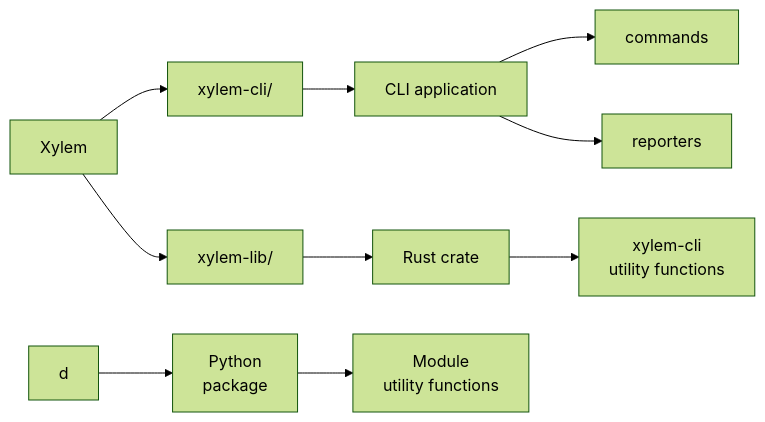
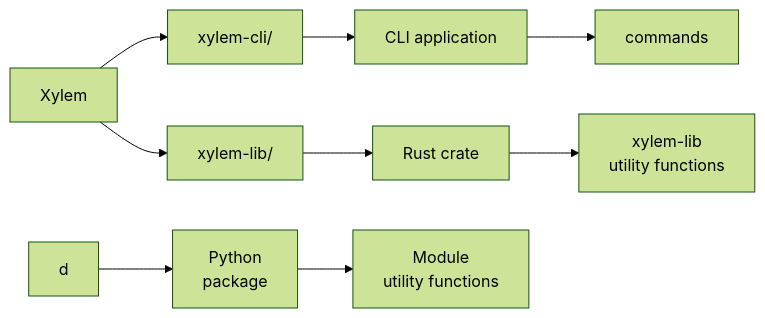
The diagram in ARCHITECTURE.md (jhwohlgemuth/xylem), drawn with Mermaid (forest theme) before and after one commit. The commit also changed other lines of this file and 25 other files, not shown here.

````diff
--- a/ARCHITECTURE.md
+++ b/ARCHITECTURE.md
@@ -14,12 +19,11 @@
 ```mermaid
 graph LR
     a[Xylem] --> b[xylem-cli/]
     a --> c[xylem-lib/]
     b --> e[CLI application]
     c --> f[Rust crate]
     d --> g[Python</br>package]
     e --> h[commands]
-    e --> i[reporters]
-    f --> j[xylem-cli</br>utility functions]
+    f --> j[xylem-lib</br>utility functions]
     g --> k[Module</br>utility functions]
 ```
````
